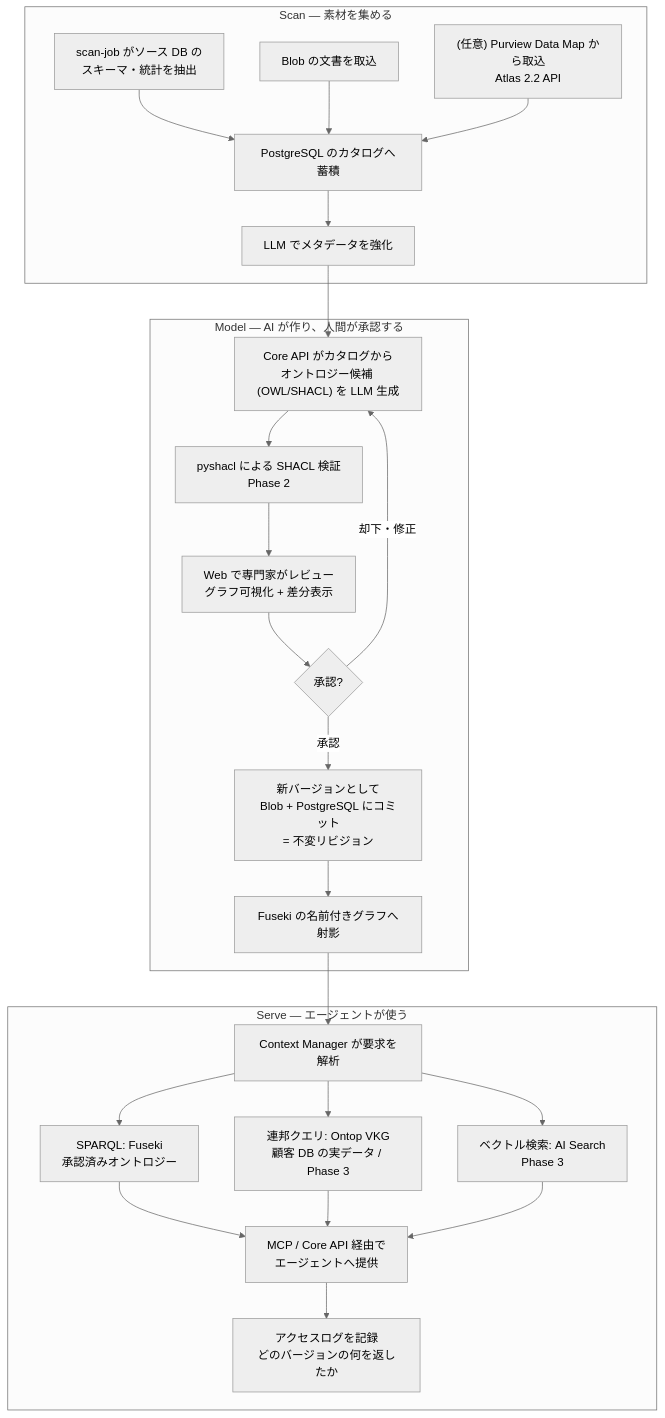
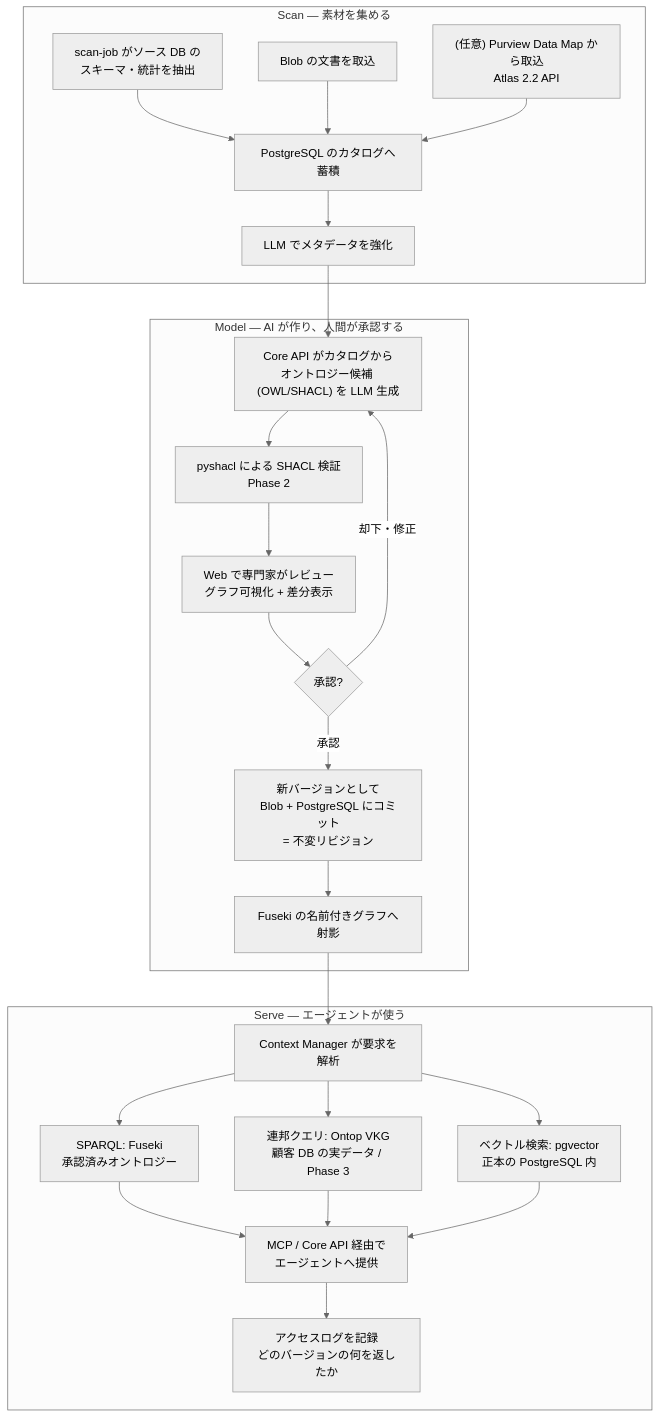
Before and after one commit to nomhiro/ontology-accelerator-for-azure: the second of 4 diagrams in docs/architecture.md, drawn with Mermaid (neutral theme). The commit also changed other lines of this file and 48 other files, not shown here.

````diff
--- a/docs/architecture.md
+++ b/docs/architecture.md
@@ -109,42 +107,42 @@
 ```mermaid
 flowchart TB
   subgraph scan["Scan — 素材を集める"]
     A1["scan-job がソース DB の<br/>スキーマ・統計を抽出"]
     A2["Blob の文書を取込"]
     A3["(任意) Purview Data Map から取込<br/>Atlas 2.2 API"]
     A4["PostgreSQL のカタログへ蓄積"]
     A5["LLM でメタデータを強化"]
     A1 --> A4
     A2 --> A4
     A3 --> A4
     A4 --> A5
   end
 
   subgraph model["Model — AI が作り、人間が承認する"]
     B1["Core API がカタログから<br/>オントロジー候補 (OWL/SHACL) を LLM 生成"]
     B2["pyshacl による SHACL 検証<br/>Phase 2"]
     B3["Web で専門家がレビュー<br/>グラフ可視化 + 差分表示"]
     B4{"承認?"}
     B5["新バージョンとして<br/>Blob + PostgreSQL にコミット<br/>= 不変リビジョン"]
     B6["Fuseki の名前付きグラフへ射影"]
     B1 --> B2 --> B3 --> B4
     B4 -- "却下・修正" --> B1
     B4 -- "承認" --> B5 --> B6
   end
 
   subgraph serve["Serve — エージェントが使う"]
     C1["Context Manager が要求を解析"]
     C2["SPARQL: Fuseki<br/>承認済みオントロジー"]
     C3["連邦クエリ: Ontop VKG<br/>顧客 DB の実データ / Phase 3"]
-    C4["ベクトル検索: AI Search<br/>Phase 3"]
+    C4["ベクトル検索: pgvector<br/>正本の PostgreSQL 内"]
     C5["MCP / Core API 経由で<br/>エージェントへ提供"]
     C6["アクセスログを記録<br/>どのバージョンの何を返したか"]
     C1 --> C2 --> C5
     C1 --> C3 --> C5
     C1 --> C4 --> C5
     C5 --> C6
   end
 
   A5 --> B1
   B6 --> C1
 ```
````
